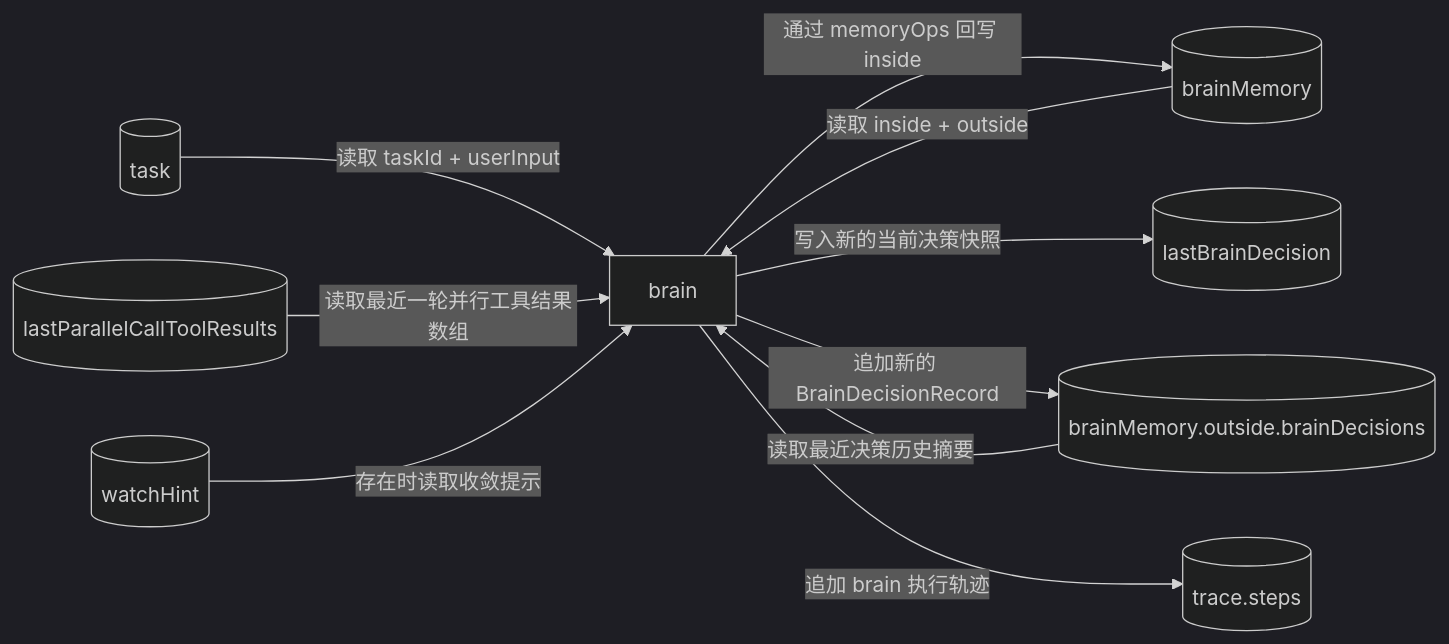
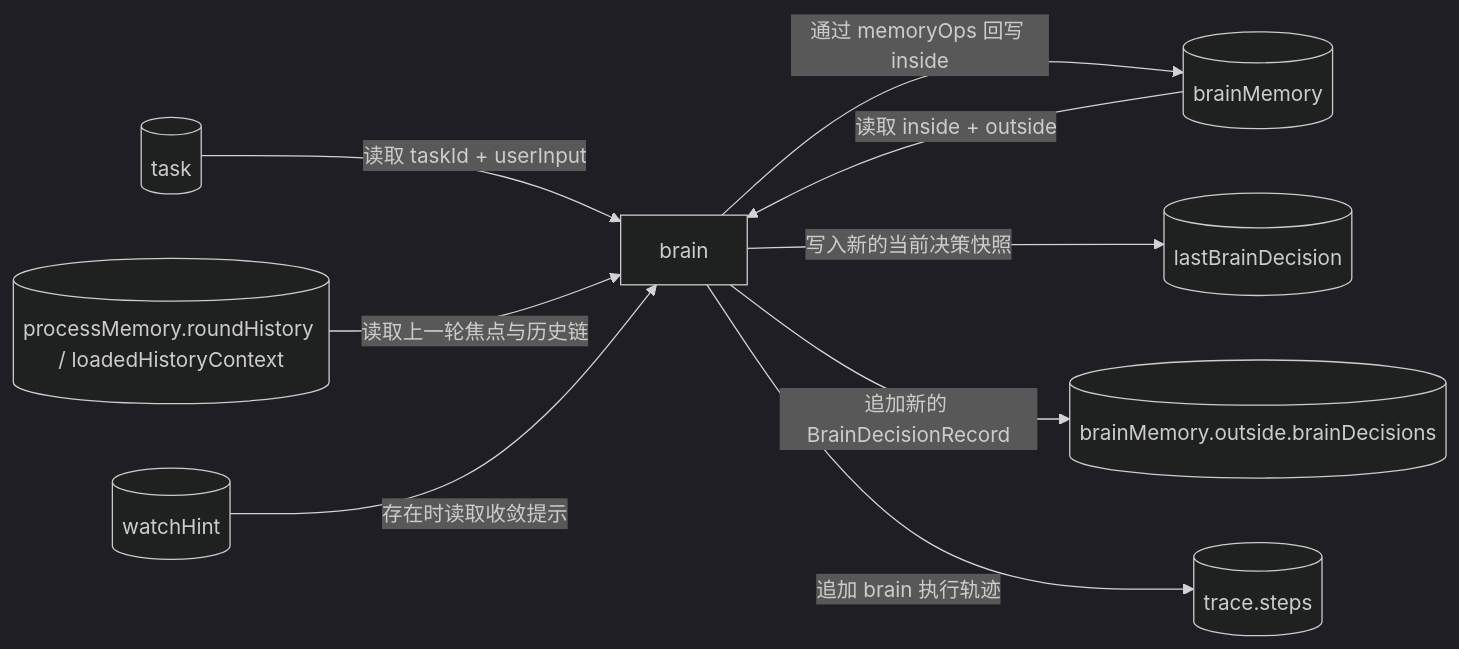
Before and after one commit to Yoan98/Ncurator: the fourth of 7 diagrams in doc/ai-design/data-definition-and-flow.md, drawn with Mermaid (dark theme). The commit also changed other lines of this file and 52 other files, not shown here.

Commit message:
Refactor human process memory and history recall flow

````diff
--- a/doc/ai-design/data-definition-and-flow.md
+++ b/doc/ai-design/data-definition-and-flow.md
@@ -577,21 +805,20 @@
 ```mermaid
 flowchart LR
     T[("task")]
     BM[("brainMemory")]
-    LTR[("lastParallelCallToolResults")]
+    PM[("processMemory.roundHistory / loadedHistoryContext")]
     LBD[("lastBrainDecision")]
     BD[("brainMemory.outside.brainDecisions")]
     WH[("watchHint")]
     B["brain"]
     TR[("trace.steps")]
 
     T -->|读取 taskId + userInput| B
     BM -->|读取 inside + outside| B
-    LTR -->|读取最近一轮并行工具结果数组| B
-    BD -->|读取最近决策历史摘要| B
+    PM -->|读取上一轮焦点与历史链| B
     WH -->|存在时读取收敛提示| B
     B -->|通过 memoryOps 回写 inside| BM
     B -->|写入新的当前决策快照| LBD
     B -->|追加新的 BrainDecisionRecord| BD
     B -->|追加 brain 执行轨迹| TR
 ```
````
